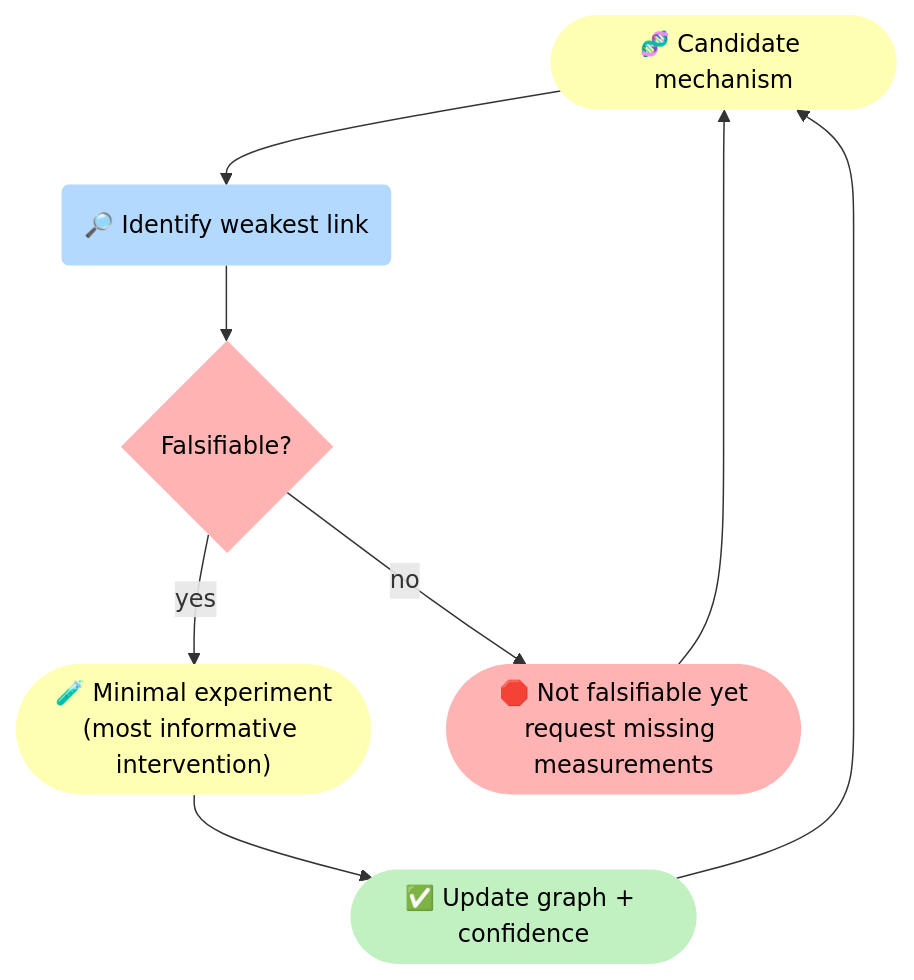
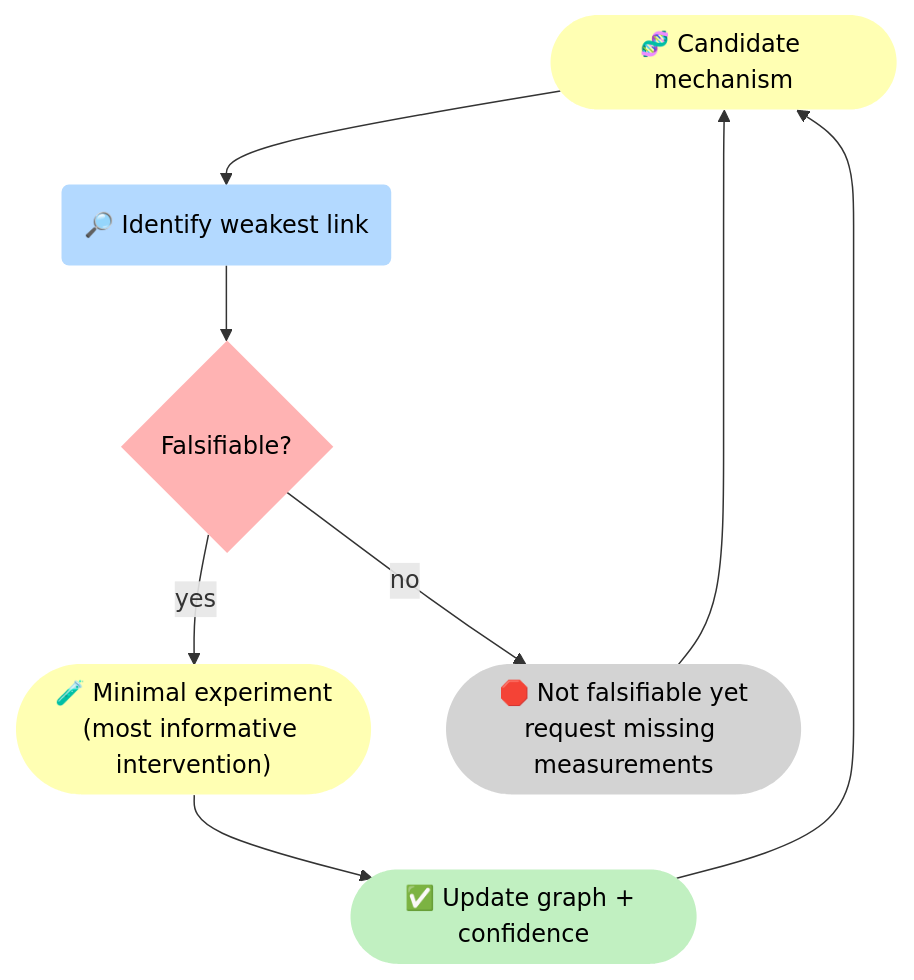
Before and after one commit to 5Reasons/5reasons.github.io: the third of 3 diagrams in docs/case-studies/biomedicine.md, drawn with Mermaid. The commit also changed other lines of this file and 14 other files, not shown here.

First line of the commit message:
Refactor diagrams and improve clarity in blog posts and case studies

````diff
--- a/docs/case-studies/biomedicine.md
+++ b/docs/case-studies/biomedicine.md
@@ -157,20 +157,20 @@
 ```mermaid
 flowchart TB
 %% Styles (brModel Standard)
 classDef i fill:#D3D3D3,stroke-width:0px,color:#000;
 classDef p fill:#B3D9FF,stroke-width:0px,color:#000;
 classDef r fill:#FFFFB3,stroke-width:0px,color:#000;
 classDef o fill:#C1F0C1,stroke-width:0px,color:#000;
 classDef s fill:#FFB3B3,stroke-width:0px,color:#000;
 
 R_Path(["🧬 Candidate mechanism"]):::r
 P_Weak("🔎 Identify weakest link"):::p
 G_Fals{"Falsifiable?"}:::s
 R_Exp(["🧪 Minimal experiment<br>(most informative intervention)"]):::r
 O_Upd(["✅ Update graph + confidence"]):::o
-S_Miss(["🛑 Not falsifiable yet<br>request missing measurements"]):::s
+S_Miss(["🛑 Not falsifiable yet<br>request missing measurements"]):::i
 
 R_Path --> P_Weak --> G_Fals
 G_Fals -->|"yes"| R_Exp --> O_Upd --> R_Path
 G_Fals -->|"no"| S_Miss --> R_Path
 ```
````
